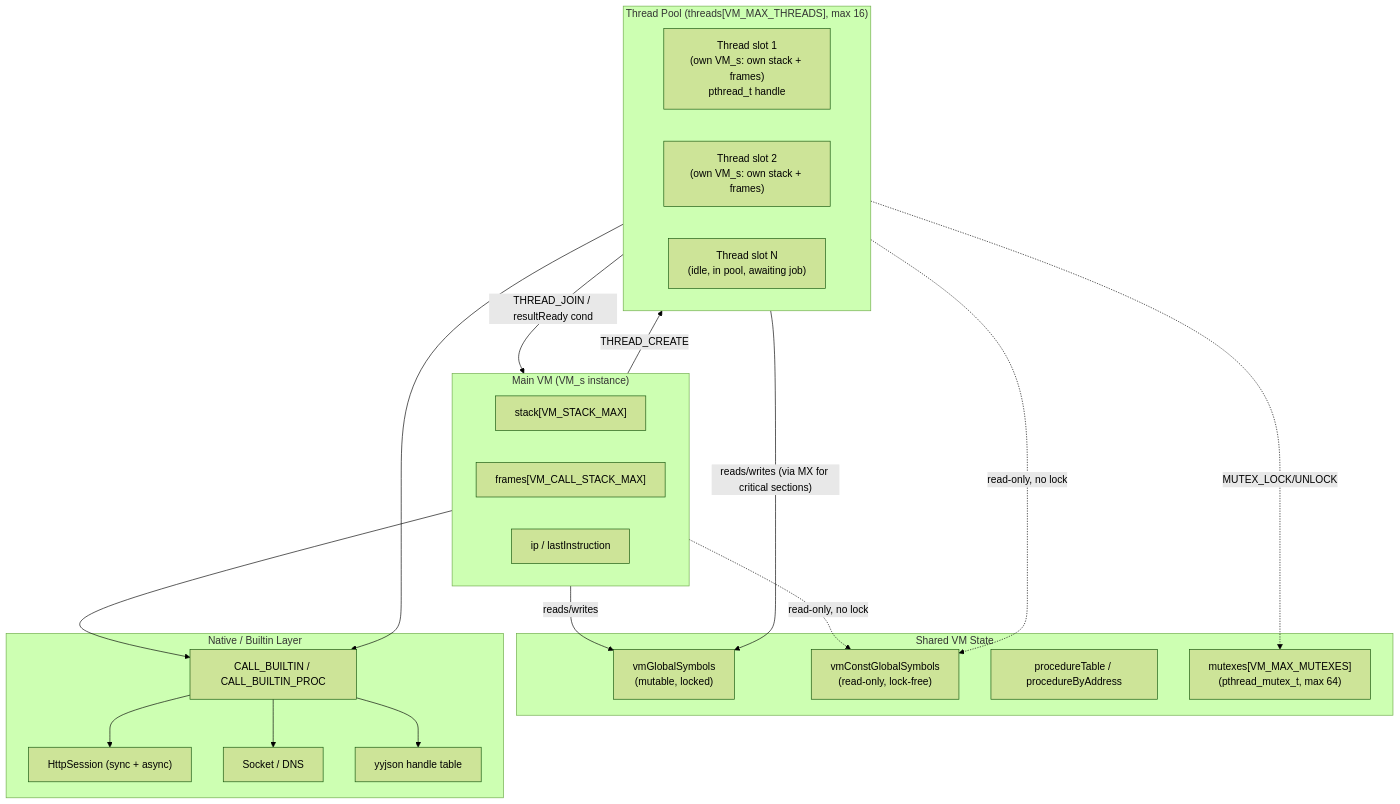
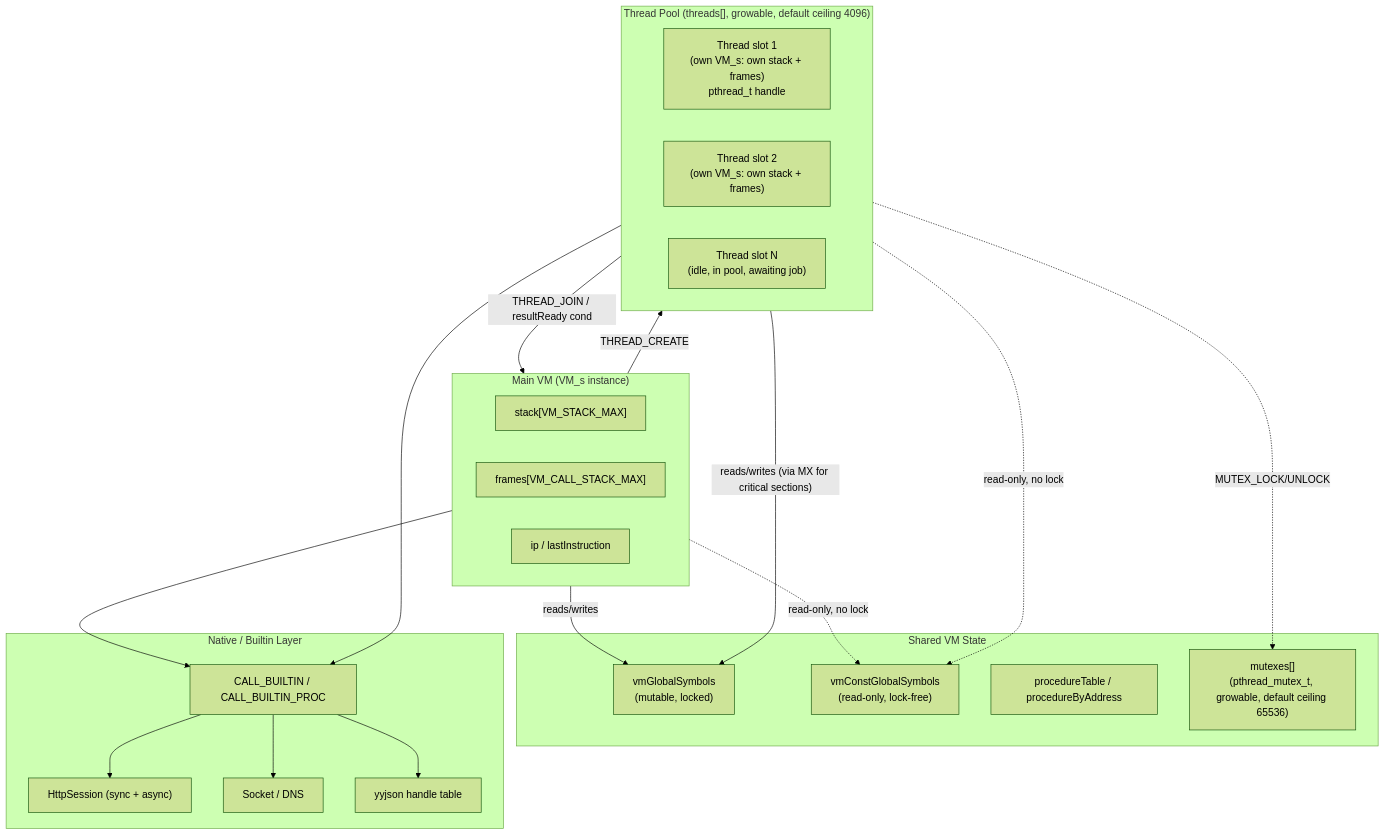
One commit to emkey1/pscal changed the diagram in Docs/pscal_vm_manual/pscal_vm_manual_ch1.md. Above: the diagram before and after it, drawn with Mermaid (forest theme). The commit also changed other lines of this file and 2 other files, not shown here.

First line of the commit message:
feat: VM 2.0 Phase 5a checkpoint 5a-ii -- growable thread/mutex registries

````diff
--- a/Docs/pscal_vm_manual/pscal_vm_manual_ch1.md
+++ b/Docs/pscal_vm_manual/pscal_vm_manual_ch1.md
@@ -564,41 +585,41 @@
 ```mermaid
 graph TD
     subgraph MainVM["Main VM (VM_s instance)"]
         MS["stack[VM_STACK_MAX]"]
         MF["frames[VM_CALL_STACK_MAX]"]
         MIP["ip / lastInstruction"]
     end
 
-    subgraph WorkerPool["Thread Pool (threads[VM_MAX_THREADS], max 16)"]
+    subgraph WorkerPool["Thread Pool (threads[], growable, default ceiling 4096)"]
         T1["Thread slot 1\n(own VM_s: own stack + frames)\npthread_t handle"]
         T2["Thread slot 2\n(own VM_s: own stack + frames)"]
         T3["Thread slot N\n(idle, in pool, awaiting job)"]
     end
 
     subgraph Shared["Shared VM State"]
         GG["vmGlobalSymbols\n(mutable, locked)"]
         GC["vmConstGlobalSymbols\n(read-only, lock-free)"]
         PT["procedureTable / procedureByAddress"]
-        MX["mutexes[VM_MAX_MUTEXES]\n(pthread_mutex_t, max 64)"]
+        MX["mutexes[]\n(pthread_mutex_t, growable, default ceiling 65536)"]
     end
 
     subgraph Native["Native / Builtin Layer"]
         BI["CALL_BUILTIN / CALL_BUILTIN_PROC"]
         HTTP["HttpSession (sync + async)"]
         SOCK["Socket / DNS"]
         JSON["yyjson handle table"]
     end
 
     MainVM -- THREAD_CREATE --> WorkerPool
     WorkerPool -- THREAD_JOIN / resultReady cond --> MainVM
     MainVM -- reads/writes --> GG
     WorkerPool -- reads/writes (via MX for critical sections) --> GG
     MainVM -.->|read-only, no lock| GC
     WorkerPool -.->|read-only, no lock| GC
     MainVM --> BI
     WorkerPool --> BI
     BI --> HTTP
     BI --> SOCK
     BI --> JSON
     WorkerPool -. MUTEX_LOCK/UNLOCK .-> MX
 ```
````
